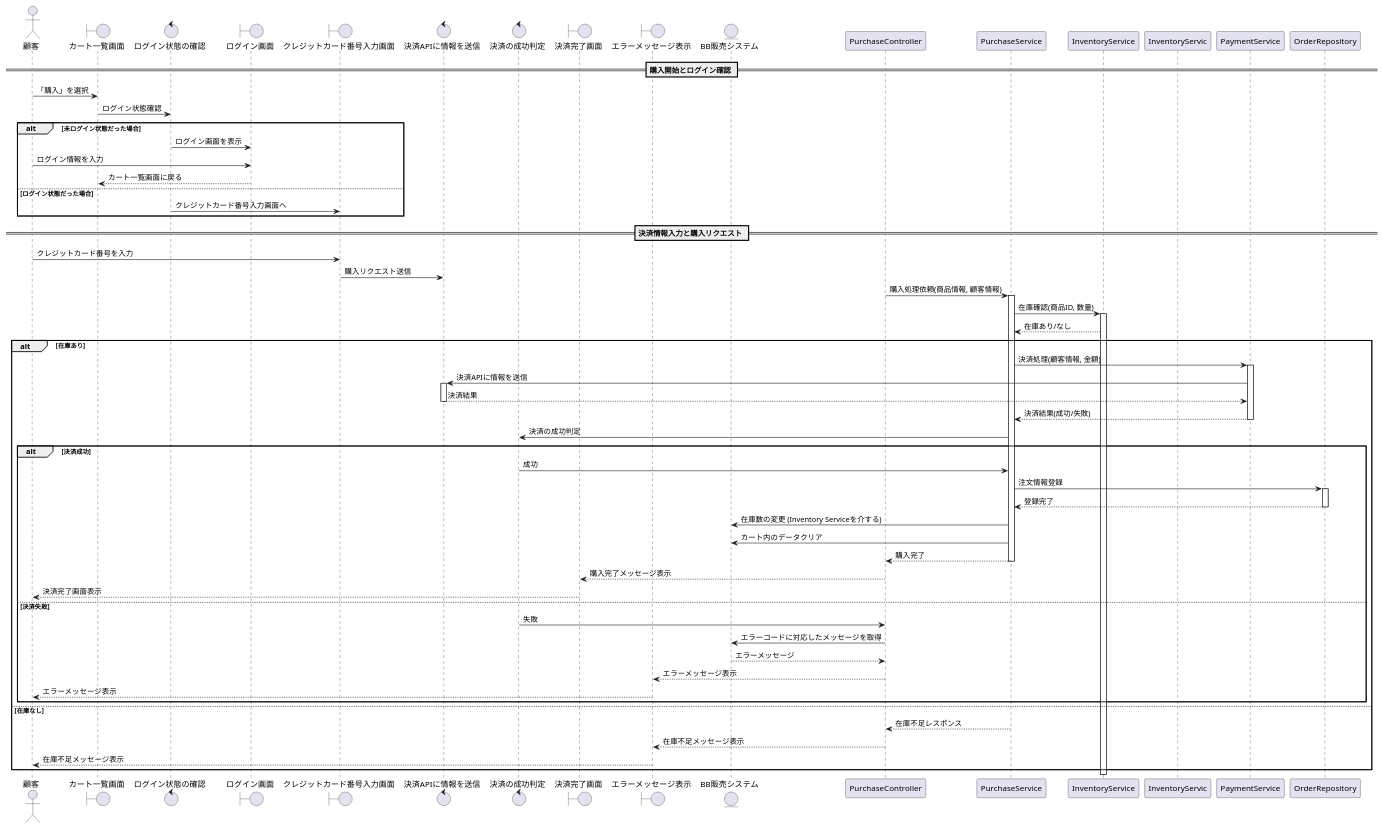
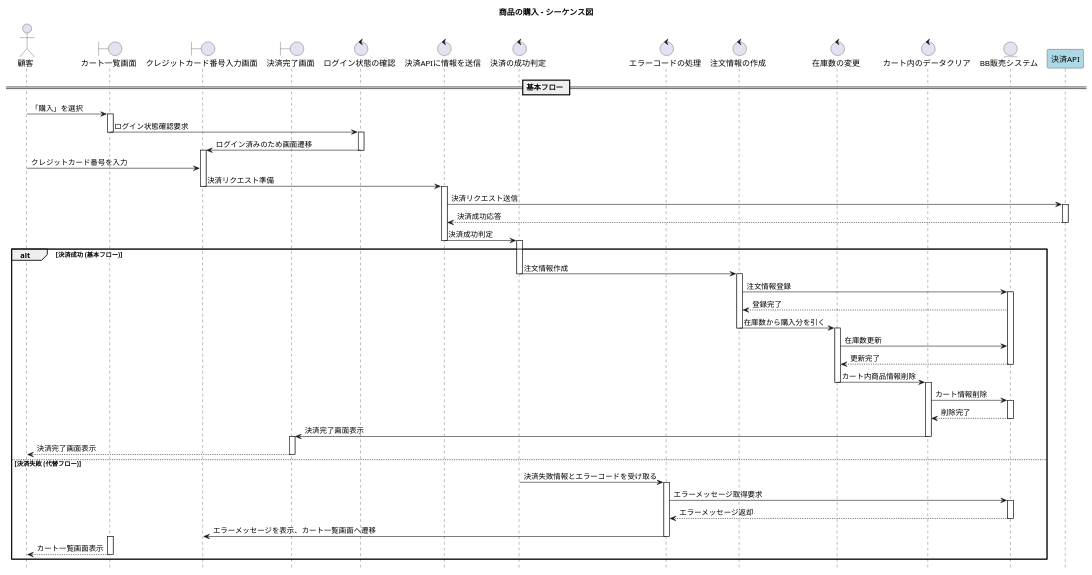
The diagram in BB/sequence_purchase.pu (FujikawaHirono0520/group3_1_dogdog), drawn with PlantUML before and after one commit.

Commit message:
購入　シーケンス

```diff
--- a/BB/sequence_purchase.pu
+++ b/BB/sequence_purchase.pu
@@ -1,89 +1,93 @@
 @startuml
-' アクターと画面を上部にまとめて定義
+title 商品の購入 - シーケンス図
+
+hide footbox
+' autonumber は削除
+
+' 参加者の定義 (ユースケース図の要素に対応)
 actor 顧客
-boundary "カート一覧画面" as CartScreen
+boundary "カート一覧画面" as CartView
+boundary "クレジットカード番号入力画面" as CardInputView
+boundary "決済完了画面" as CompleteView
 control "ログイン状態の確認" as LoginCheck
-boundary "ログイン画面" as LoginScreen
-boundary "クレジットカード番号入力画面" as CardInputScreen
-control "決済APIに情報を送信" as PaymentAPISend
-control "決済の成功判定" as PaymentCheck
-boundary "決済完了画面" as CompleteScreen
-boundary "エラーメッセージ表示" as ErrorDisplay
+control "決済APIに情報を送信" as PaymentSend
+control "決済の成功判定" as PaymentResult
+control "エラーコードの処理" as ErrorProcess
+control "注文情報の作成" as CreateOrder
+control "在庫数の変更" as ChangeStock
+control "カート内のデータクリア" as ClearCart
+entity "BB販売システム" as BBSystem
+participant "決済API" as ExternalAPI #LightBlue
 
-' 既存のサービスとリポジトリ
-entity "BB販売システム" as BBSystem 
+== 基本フロー ==
+顧客 -> CartView : 「購入」を選択
+activate CartView
 
-== 購入開始とログイン確認 ==
-顧客 -> CartScreen : 「購入」を選択 
-CartScreen -> LoginCheck : ログイン状態確認
+CartView -> LoginCheck : ログイン状態確認要求
+deactivate CartView
+activate LoginCheck
+LoginCheck -> CardInputView : ログイン済みのため画面遷移
+deactivate LoginCheck
+activate CardInputView
 
-alt 未ログイン状態だった場合 
-    LoginCheck -> LoginScreen : ログイン画面を表示
-    顧客 -> LoginScreen : ログイン情報を入力 
-    LoginScreen --> CartScreen : カート一覧画面に戻る 
-else ログイン状態だった場合 
-    LoginCheck -> CardInputScreen : クレジットカード番号入力画面へ
+顧客 -> CardInputView : クレジットカード番号を入力
+CardInputView -> PaymentSend : 決済リクエスト準備
+deactivate CardInputView
+activate PaymentSend
+
+PaymentSend -> ExternalAPI : 決済リクエスト送信
+activate ExternalAPI
+ExternalAPI --> PaymentSend : 決済成功応答
+deactivate ExternalAPI
+
+PaymentSend -> PaymentResult : 決済成功判定
+deactivate PaymentSend
+activate PaymentResult
+
+alt 決済成功 (基本フロー)
+    PaymentResult -> CreateOrder : 注文情報作成
+    deactivate PaymentResult
+    activate CreateOrder
+    CreateOrder -> BBSystem : 注文情報登録
+    activate BBSystem
+    BBSystem --> CreateOrder : 登録完了
+
+    CreateOrder -> ChangeStock : 在庫数から購入分を引く
+    deactivate CreateOrder
+    activate ChangeStock
+    ChangeStock -> BBSystem : 在庫数更新
+    BBSystem --> ChangeStock : 更新完了
+    deactivate BBSystem
+    
+    ChangeStock -> ClearCart : カート内商品情報削除
+    deactivate ChangeStock
+    activate ClearCart
+    ClearCart -> BBSystem : カート情報削除
+    activate BBSystem
+    BBSystem --> ClearCart : 削除完了
+    deactivate BBSystem
+    
+    ClearCart -> CompleteView : 決済完了画面表示
+    deactivate ClearCart
+    activate CompleteView
+    
+    CompleteView --> 顧客 : 決済完了画面表示
+    deactivate CompleteView
+
+else 決済失敗 (代替フロー)
+    PaymentResult -> ErrorProcess : 決済失敗情報とエラーコードを受け取る
+    activate ErrorProcess
+    ErrorProcess -> BBSystem : エラーメッセージ取得要求
+    activate BBSystem
+    BBSystem --> ErrorProcess : エラーメッセージ返却
+    deactivate BBSystem
+
+    ErrorProcess -> CardInputView : エラーメッセージを表示、カート一覧画面へ遷移
+    deactivate ErrorProcess
+    activate CartView
+    
+    CartView --> 顧客 : カート一覧画面表示
+    deactivate CartView
 end
 
-== 決済情報入力と購入リクエスト ==
-顧客 -> CardInputScreen : クレジットカード番号を入力        
-CardInputScreen -> PaymentAPISend : 購入リクエスト送信
-
-PurchaseController -> PurchaseService : 購入処理依頼(商品情報, 顧客情報) 
-activate PurchaseService
-
-PurchaseService -> InventoryService : 在庫確認(商品ID, 数量) 
-activate InventoryService
-InventoryService --> PurchaseService : 在庫あり/なし 
-deactivate InventoryServic
-
-alt 在庫あり 
-    PurchaseService -> PaymentService : 決済処理(顧客情報, 金額) 
-    activate PaymentService
-    PaymentService -> PaymentAPISend : 決済APIに情報を送信 
-    activate PaymentAPISend
-    PaymentAPISend --> PaymentService : 決済結果
-    deactivate PaymentAPISend
-    PaymentService --> PurchaseService : 決済結果(成功/失敗)
-    deactivate PaymentService
-    PurchaseService -> PaymentCheck : 決済の成功判定
-
-    alt 決済成功
-        PaymentCheck -> PurchaseService : 成功
-
-        PurchaseService -> OrderRepository : 注文情報登録
-        activate OrderRepository
-        OrderRepository --> PurchaseService : 登録完了
-        deactivate OrderRepository
-
-        PurchaseService -> BBSystem : 在庫数の変更 (Inventory Serviceを介する)
-        PurchaseService -> BBSystem : カート内のデータクリア
-
-        PurchaseService --> PurchaseController : 購入完了
-        deactivate PurchaseService
-
-        PurchaseController --> CompleteScreen : 購入完了メッセージ表示
-        deactivate PurchaseController
-        CompleteScreen --> 顧客 : 決済完了画面表示
-
-    else 決済失敗
-        PaymentCheck -> PurchaseController : 失敗
-        
-        ' エラー処理のフローを組み込む
-        PurchaseController -> BBSystem : エラーコードに対応したメッセージを取得
-        BBSystem --> PurchaseController : エラーメッセージ
-
-        PurchaseController --> ErrorDisplay : エラーメッセージ表示
-        deactivate PurchaseController
-        ErrorDisplay --> 顧客 : エラーメッセージ表示
-    end
-
-else 在庫なし
-    PurchaseService --> PurchaseController : 在庫不足レスポンス
-    deactivate PurchaseService
-
-    PurchaseController --> ErrorDisplay : 在庫不足メッセージ表示
-    deactivate PurchaseController
-    ErrorDisplay --> 顧客 : 在庫不足メッセージ表示
-end
 @enduml
```
